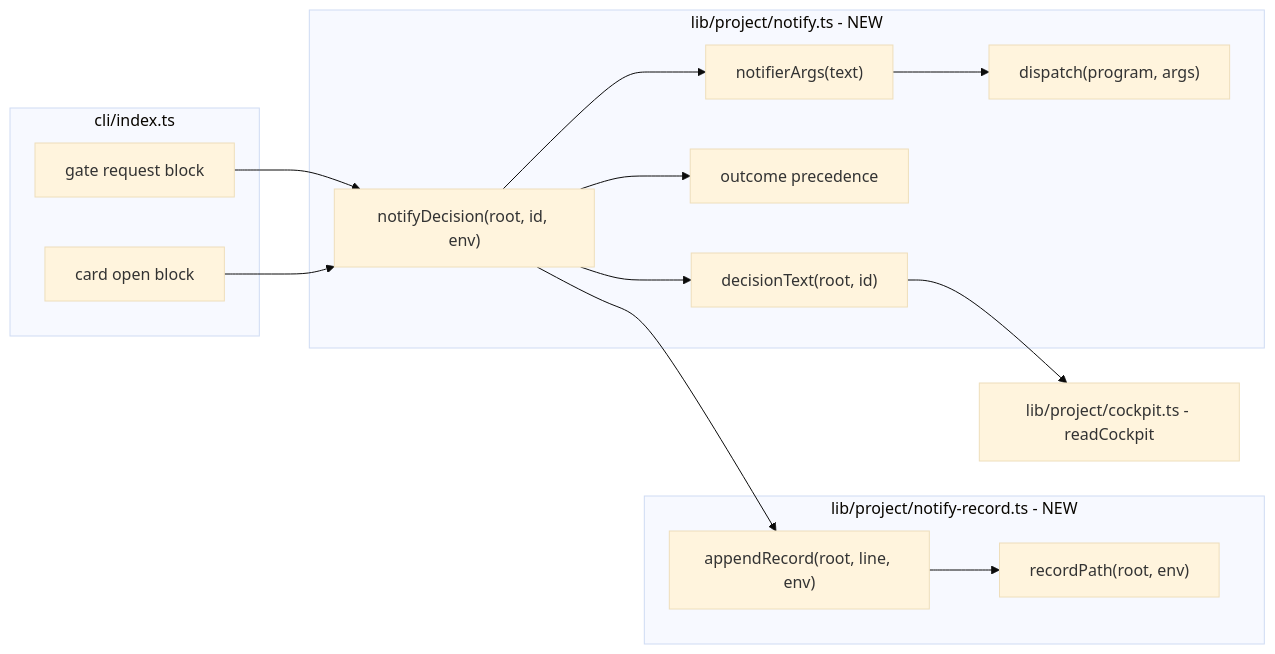
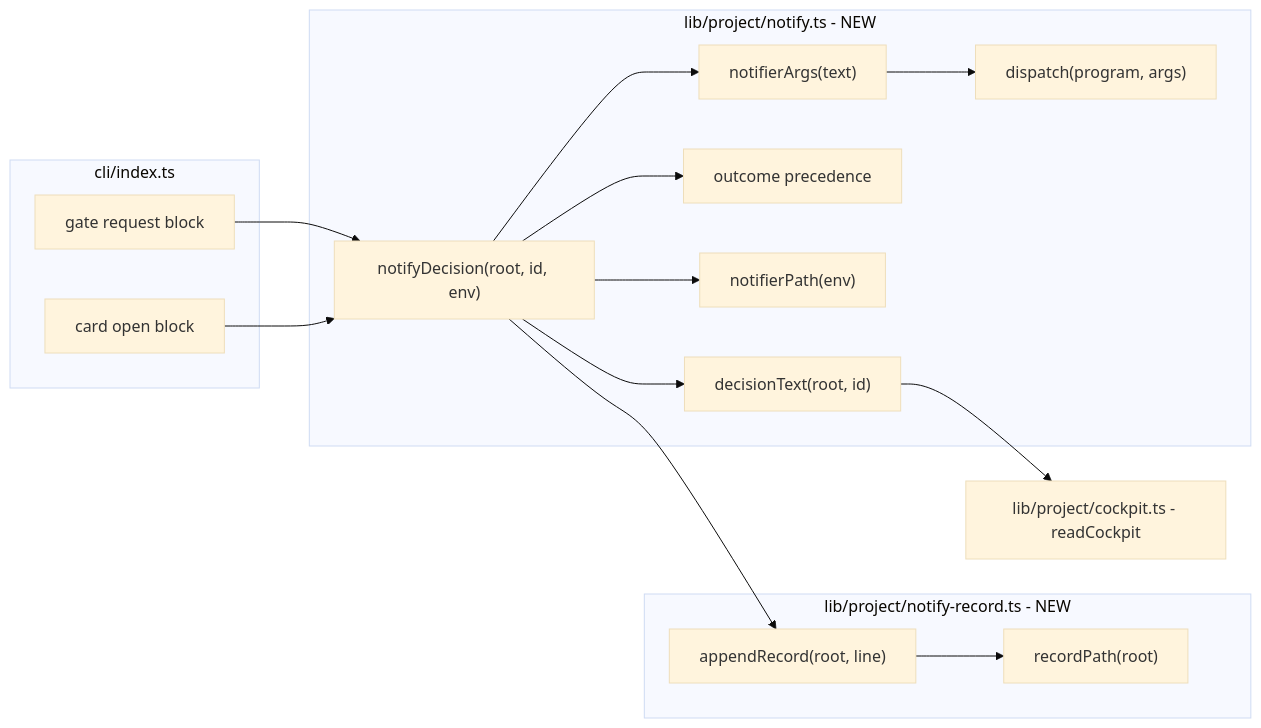
The third of 5 diagrams in specs/decision-alerts/design.md (QuantumWars/project-companion), drawn with Mermaid (base theme) before and after one commit. The commit also changed other lines of this file and 2 other files, not shown here.

````diff
--- a/specs/decision-alerts/design.md
+++ b/specs/decision-alerts/design.md
@@ -115,25 +129,27 @@
 ```mermaid
 flowchart LR
     subgraph cli["cli/index.ts"]
       GR["gate request block"]
       CO["card open block"]
     end
     subgraph notify["lib/project/notify.ts - NEW"]
       ND["notifyDecision(root, id, env)"]
       DT["decisionText(root, id)"]
       OUT["outcome precedence"]
+      NP["notifierPath(env)"]
       ARGS["notifierArgs(text)"]
       DIS["dispatch(program, args)"]
     end
     subgraph rec["lib/project/notify-record.ts - NEW"]
-      RP["recordPath(root, env)"]
-      AR["appendRecord(root, line, env)"]
+      RP["recordPath(root)"]
+      AR["appendRecord(root, line)"]
     end
     CK["lib/project/cockpit.ts - readCockpit"]
     GR --> ND
     CO --> ND
     ND --> DT --> CK
     ND --> OUT
+    ND --> NP
     ND --> ARGS --> DIS
     ND --> AR --> RP
 ```
````
